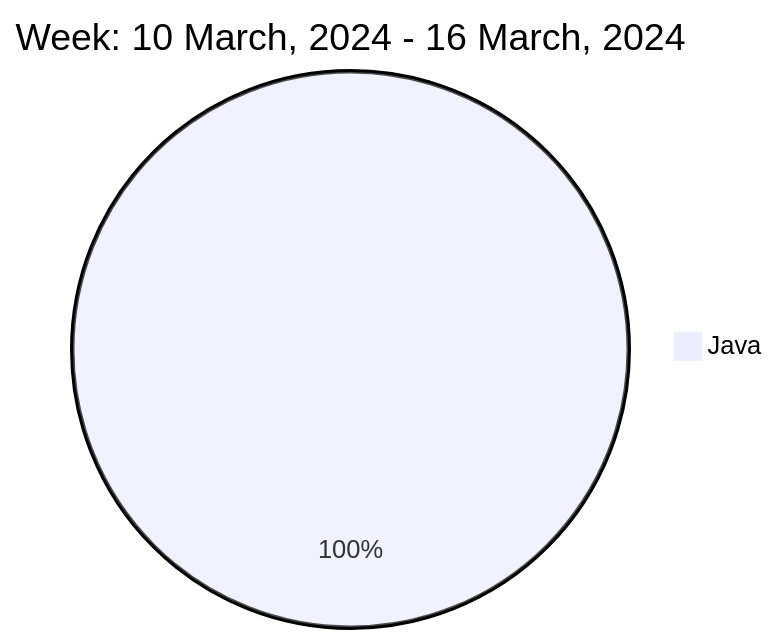
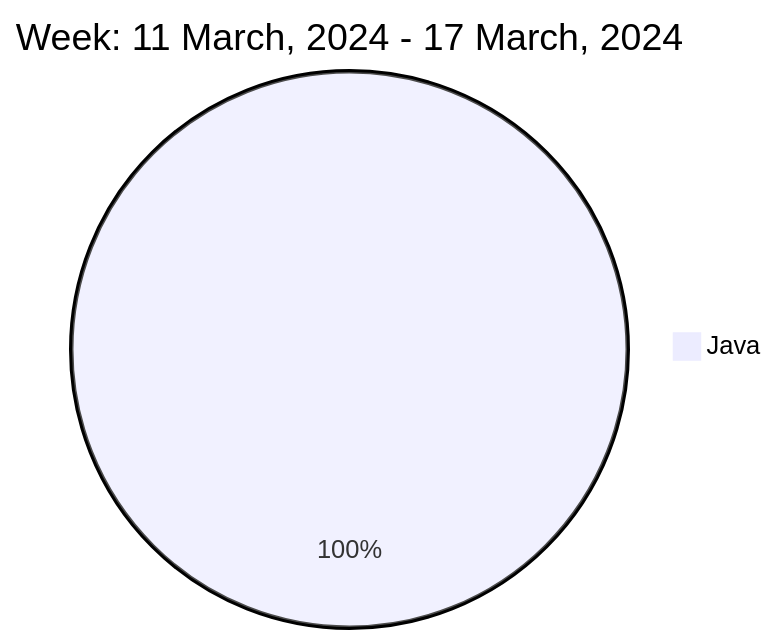
Before and after one commit to liubin95/liubin95: the diagram in README.md, drawn with Mermaid.

Commit message:
Updated the Graph with new Metrics

````diff
--- a/README.md
+++ b/README.md
@@ -37,5 +37,5 @@
 ```mermaid
  pie
-title Week: 10 March, 2024 - 16 March, 2024
+title Week: 11 March, 2024 - 17 March, 2024
  "Java" : 0.72
 ```
````
